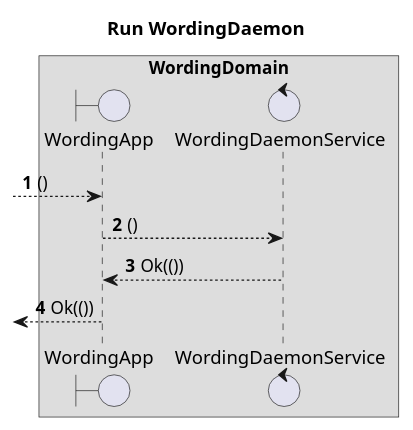
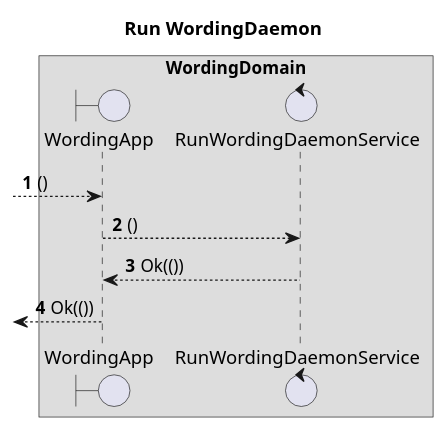
The diagram in domains/wording_to/run_wording_daemon.pu (megumish/iza), drawn with PlantUML before and after one commit. The commit also changed 7 other files, not shown here.

```diff
--- a/domains/wording_to/run_wording_daemon.pu
+++ b/domains/wording_to/run_wording_daemon.pu
@@ -1,18 +1,18 @@
 @startuml
 title Run WordingDaemon
 autonumber
 
 boundary WordingApp
-control WordingDaemonService
+control RunWordingDaemonService
 
 box WordingDomain
     participant WordingApp
-    participant WordingDaemonService
+    participant RunWordingDaemonService
 end box
 
 --> WordingApp : ()
-WordingApp --> WordingDaemonService : ()
-WordingApp <-- WordingDaemonService : Ok(())
+WordingApp --> RunWordingDaemonService : ()
+WordingApp <-- RunWordingDaemonService : Ok(())
 <-- WordingApp : Ok(())
 
 @enduml
```
